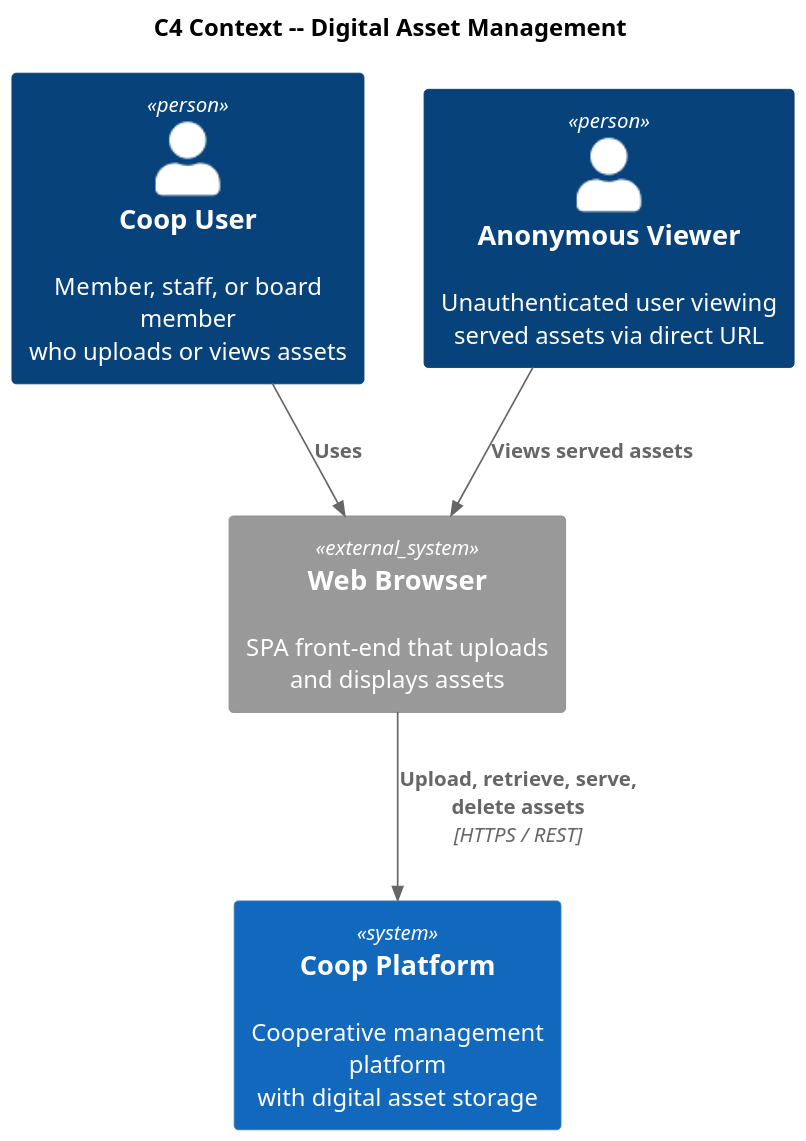
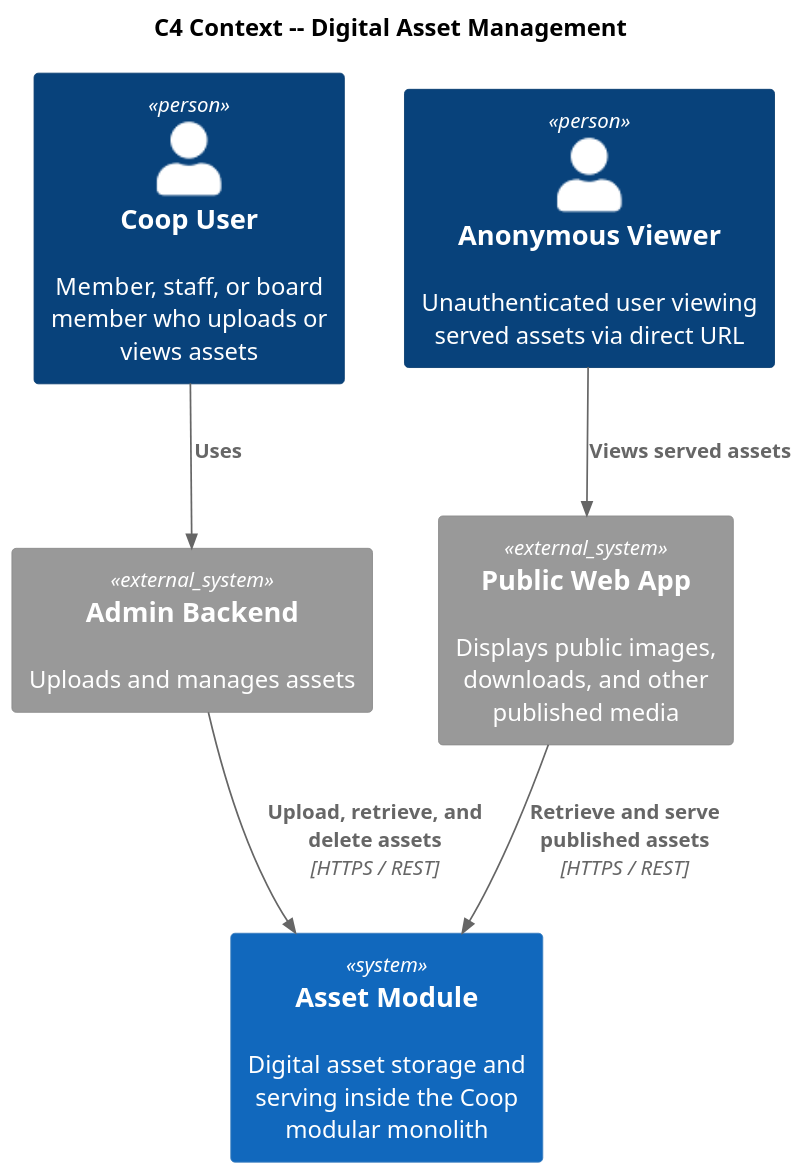
Before and after one commit to QuinntyneBrown/Coop: the diagram in docs/detailed-designs/08-digital-asset-management/c4-context.puml, drawn with PlantUML. The commit also changed 4 other files, not shown here.

Commit message:
Update C4 diagrams for document, digital asset, and theme modules

```diff
--- a/docs/detailed-designs/08-digital-asset-management/c4-context.puml
+++ b/docs/detailed-designs/08-digital-asset-management/c4-context.puml
@@ -1,20 +1,22 @@
 @startuml
 !include https://raw.githubusercontent.com/plantuml-stdlib/C4-PlantUML/master/C4_Context.puml
 
 skinparam dpi 150
 skinparam pageMargin 10
 
 title C4 Context -- Digital Asset Management
 
-Person(user, "Coop User", "Member, staff, or board member\nwho uploads or views assets")
-Person(anon, "Anonymous Viewer", "Unauthenticated user viewing\nserved assets via direct URL")
+Person(user, "Coop User", "Member, staff, or board member who uploads or views assets")
+Person(anon, "Anonymous Viewer", "Unauthenticated user viewing served assets via direct URL")
 
-System(coop, "Coop Platform", "Cooperative management platform\nwith digital asset storage")
+System(coop, "Asset Module", "Digital asset storage and serving inside the Coop modular monolith")
 
-System_Ext(browser, "Web Browser", "SPA front-end that uploads\nand displays assets")
+System_Ext(publicApp, "Public Web App", "Displays public images, downloads, and other published media")
+System_Ext(adminApp, "Admin Backend", "Uploads and manages assets")
 
-Rel(user, browser, "Uses")
-Rel(anon, browser, "Views served assets")
-Rel(browser, coop, "Upload, retrieve, serve,\ndelete assets", "HTTPS / REST")
+Rel(user, adminApp, "Uses")
+Rel(anon, publicApp, "Views served assets")
+Rel(adminApp, coop, "Upload, retrieve, and delete assets", "HTTPS / REST")
+Rel(publicApp, coop, "Retrieve and serve published assets", "HTTPS / REST")
 
 @enduml
```
